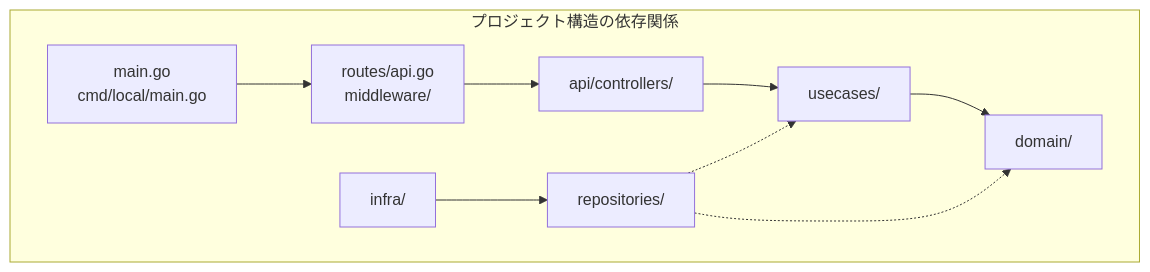
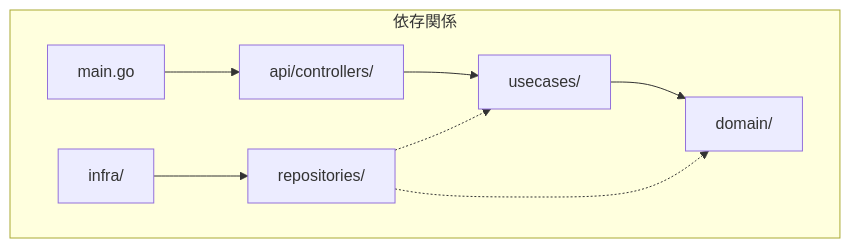
Before and after one commit to takoscreamo/tofunote-backend-go: the diagram in README.md, drawn with Mermaid. The commit also changed other lines of this file, not shown here.

````diff
--- a/README.md
+++ b/README.md
@@ -35,12 +51,11 @@
 ```mermaid
 graph TB
-    subgraph "プロジェクト構造の依存関係"
-        A[main.go<br/>cmd/local/main.go] --> B[routes/api.go<br/>middleware/]
-        B --> C[api/controllers/]
-        C --> D[usecases/]
-        D --> E[domain/]
-        F[repositories/] -.-> D
-        F[repositories/] -.-> E
-        G[infra/] --> F
+    subgraph "依存関係"
+        A[main.go] --> B[api/controllers/]
+        B --> C[usecases/]
+        C --> D[domain/]
+        E[repositories/] -.-> C
+        E[repositories/] -.-> D
+        F[infra/] --> E
     end
 ```
````
